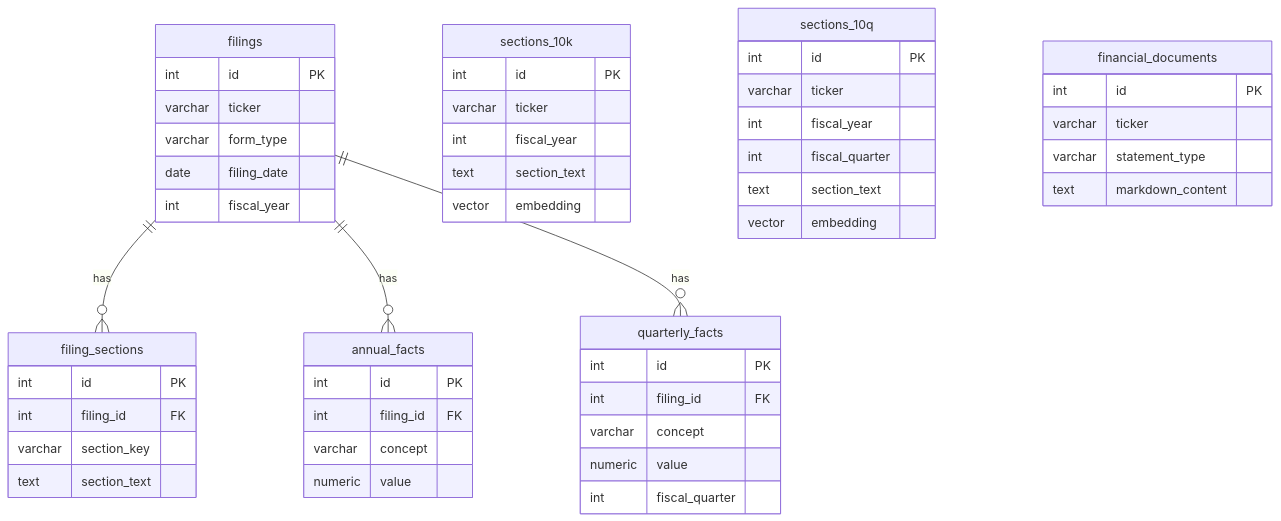
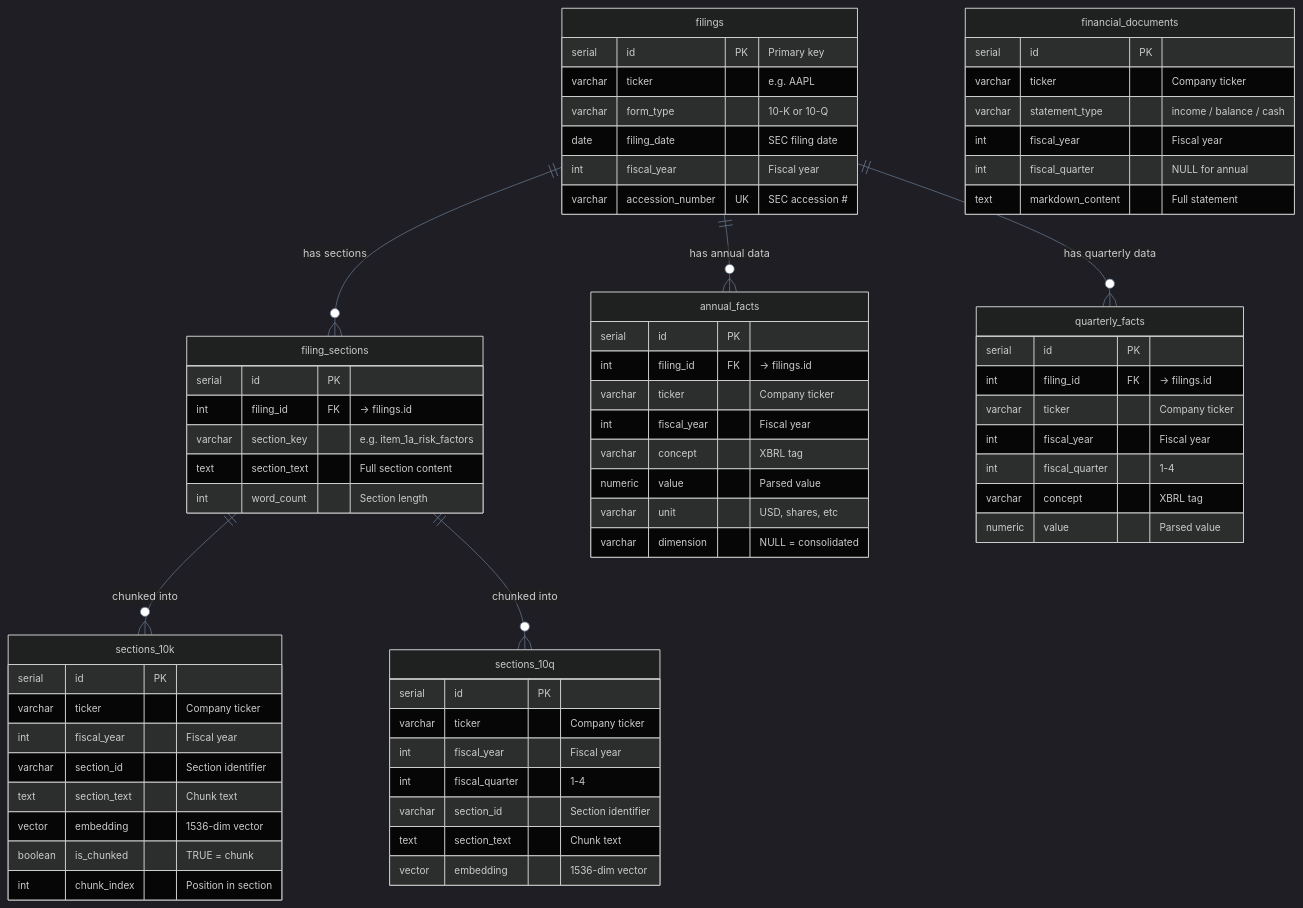
The diagram in docs/database.md (bhattaraisubal-eng/sec-intelligence-system), drawn with Mermaid before and after one commit. The commit also changed 3 other files, not shown here.

First line of the commit message:
Upgrade all Mermaid diagrams with dark theme, subgraphs, and consistent styling

````diff
--- a/docs/database.md
+++ b/docs/database.md
@@ -9,54 +9,71 @@
 ```mermaid
+%%{init: {'theme': 'dark', 'themeVariables': {'primaryColor': '#1e293b', 'primaryBorderColor': '#475569', 'lineColor': '#64748b', 'fontFamily': 'ui-monospace, monospace', 'fontSize': '13px'}}}%%
 erDiagram
-    filings ||--o{ filing_sections : "has"
-    filings ||--o{ annual_facts : "has"
-    filings ||--o{ quarterly_facts : "has"
+    filings ||--o{ filing_sections : "has sections"
+    filings ||--o{ annual_facts : "has annual data"
+    filings ||--o{ quarterly_facts : "has quarterly data"
+    filing_sections ||--o{ sections_10k : "chunked into"
+    filing_sections ||--o{ sections_10q : "chunked into"
 
-    filing_sections {
-        int id PK
-        int filing_id FK
-        varchar section_key
-        text section_text
-    }
     filings {
-        int id PK
-        varchar ticker
-        varchar form_type
-        date filing_date
-        int fiscal_year
+        serial id PK "Primary key"
+        varchar ticker "e.g. AAPL"
+        varchar form_type "10-K or 10-Q"
+        date filing_date "SEC filing date"
+        int fiscal_year "Fiscal year"
+        varchar accession_number UK "SEC accession #"
     }
     annual_facts {
-        int id PK
-        int filing_id FK
-        varchar concept
-        numeric value
+        serial id PK
+        int filing_id FK "→ filings.id"
+        varchar ticker "Company ticker"
+        int fiscal_year "Fiscal year"
+        varchar concept "XBRL tag"
+        numeric value "Parsed value"
+        varchar unit "USD, shares, etc"
+        varchar dimension "NULL = consolidated"
     }
     quarterly_facts {
-        int id PK
-        int filing_id FK
-        varchar concept
-        numeric value
-        int fiscal_quarter
+        serial id PK
+        int filing_id FK "→ filings.id"
+        varchar ticker "Company ticker"
+        int fiscal_year "Fiscal year"
+        int fiscal_quarter "1-4"
+        varchar concept "XBRL tag"
+        numeric value "Parsed value"
+    }
+    filing_sections {
+        serial id PK
+        int filing_id FK "→ filings.id"
+        varchar section_key "e.g. item_1a_risk_factors"
+        text section_text "Full section content"
+        int word_count "Section length"
     }
     sections_10k {
-        int id PK
-        varchar ticker
-        int fiscal_year
-        text section_text
-        vector embedding
+        serial id PK
+        varchar ticker "Company ticker"
+        int fiscal_year "Fiscal year"
+        varchar section_id "Section identifier"
+        text section_text "Chunk text"
+        vector embedding "1536-dim vector"
+        boolean is_chunked "TRUE = chunk"
+        int chunk_index "Position in section"
     }
     sections_10q {
-        int id PK
-        varchar ticker
-        int fiscal_year
-        int fiscal_quarter
-        text section_text
-        vector embedding
+        serial id PK
+        varchar ticker "Company ticker"
+        int fiscal_year "Fiscal year"
+        int fiscal_quarter "1-4"
+        varchar section_id "Section identifier"
+        text section_text "Chunk text"
+        vector embedding "1536-dim vector"
     }
     financial_documents {
-        int id PK
-        varchar ticker
-        varchar statement_type
-        text markdown_content
+        serial id PK
+        varchar ticker "Company ticker"
+        varchar statement_type "income / balance / cash"
+        int fiscal_year "Fiscal year"
+        int fiscal_quarter "NULL for annual"
+        text markdown_content "Full statement"
     }
 ```
````
